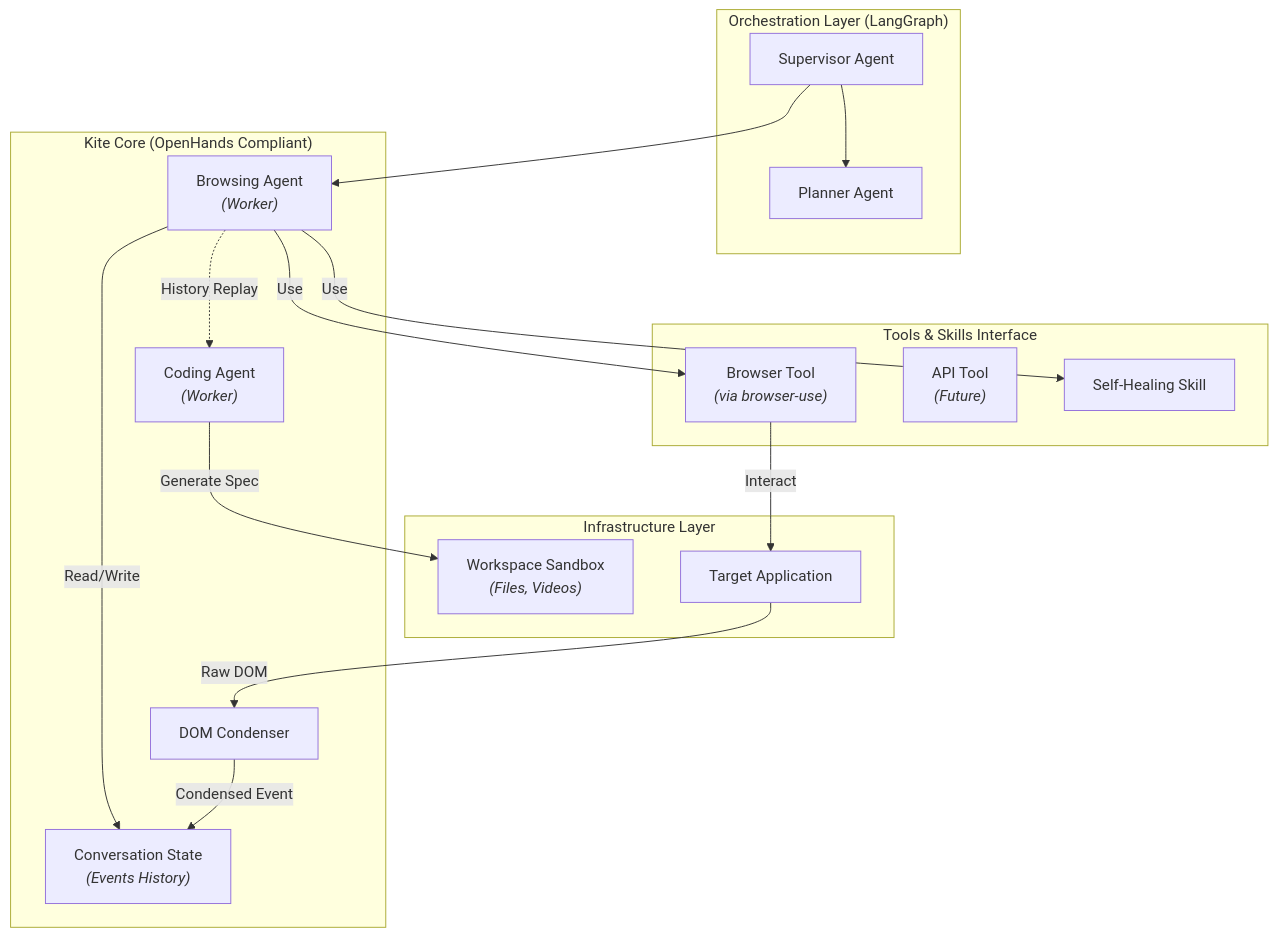
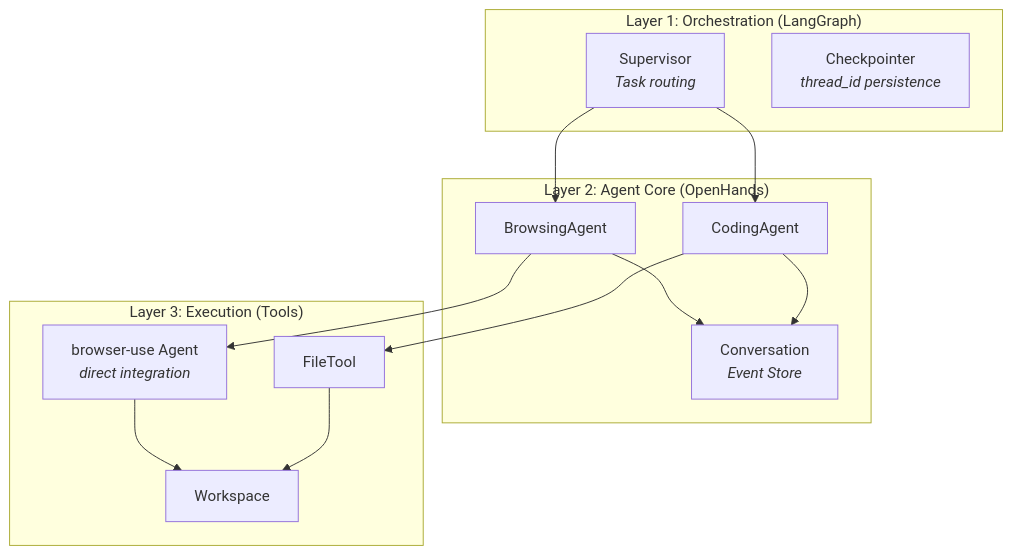
One commit to Kite-Agent/docs changed the diagram in docs/core-concepts/architecture.md. Above: the diagram before and after it, drawn with Mermaid. The commit also changed other lines of this file and 41 other files, not shown here.

````diff
--- a/docs/core-concepts/architecture.md
+++ b/docs/core-concepts/architecture.md
@@ -117,36 +11,24 @@
 ```mermaid
 flowchart TB
-    subgraph Orchestration["Orchestration Layer (LangGraph)"]
-        Supervisor["Supervisor Agent"]
-        Planner["Planner Agent"]
+    subgraph L1["Layer 1: Orchestration (LangGraph)"]
+        Supervisor["Supervisor<br><i>Task routing</i>"]
+        Memory["Checkpointer<br><i>thread_id persistence</i>"]
     end
 
-    subgraph Core["Kite Core (OpenHands Compliant)"]
-        BrowserAgent["Browsing Agent<br><i>(Worker)</i>"]
-        CoderAgent["Coding Agent<br><i>(Worker)</i>"]
-        Session["Conversation State<br><i>(Events History)</i>"]
-        DOMCondenser["DOM Condenser"]
+    subgraph L2["Layer 2: Agent Core (OpenHands)"]
+        Browser["BrowsingAgent"]
+        Coder["CodingAgent"]
+        Conv["Conversation<br><i>Event Store</i>"]
     end
 
-    subgraph Capabilities["Tools & Skills Interface"]
-        BrowserTool["Browser Tool<br><i>(via browser-use)</i>"]
-        APITool["API Tool<br><i>(Future)</i>"]
-        HealSkill["Self-Healing Skill"]
+    subgraph L3["Layer 3: Execution (Tools)"]
+        BT["browser-use Agent<br><i>direct integration</i>"]
+        FT["FileTool"]
+        WS["Workspace"]
     end
 
-    subgraph Infra["Infrastructure Layer"]
-        Workspace["Workspace Sandbox<br><i>(Files, Videos)</i>"]
-        TargetApp["Target Application"]
-    end
-
-    Supervisor --> Planner
-    Supervisor --> BrowserAgent
-    BrowserAgent -->|Read/Write| Session
-    BrowserAgent -->|Use| BrowserTool
-    BrowserAgent -->|Use| HealSkill
-    BrowserTool -->|Interact| TargetApp
-    TargetApp -->|Raw DOM| DOMCondenser
-    DOMCondenser -->|Condensed Event| Session
-    BrowserAgent -.->|History Replay| CoderAgent
-    CoderAgent -->|Generate Spec| Workspace
+    Supervisor --> Browser & Coder
+    Browser & Coder --> Conv
+    Browser --> BT --> WS
+    Coder --> FT --> WS
 ```
````
